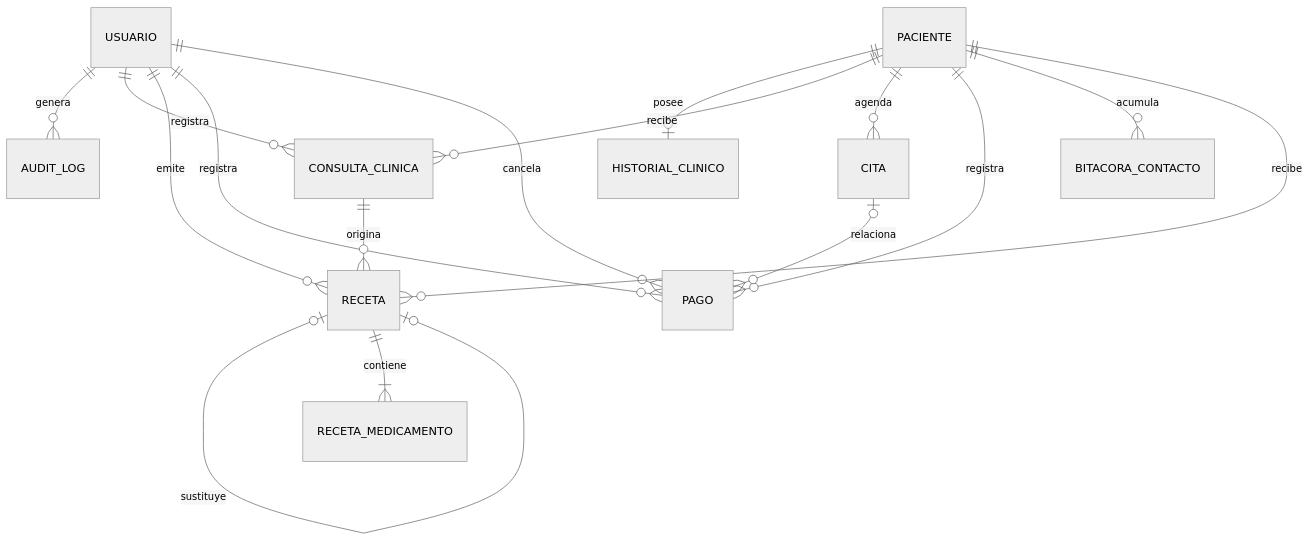
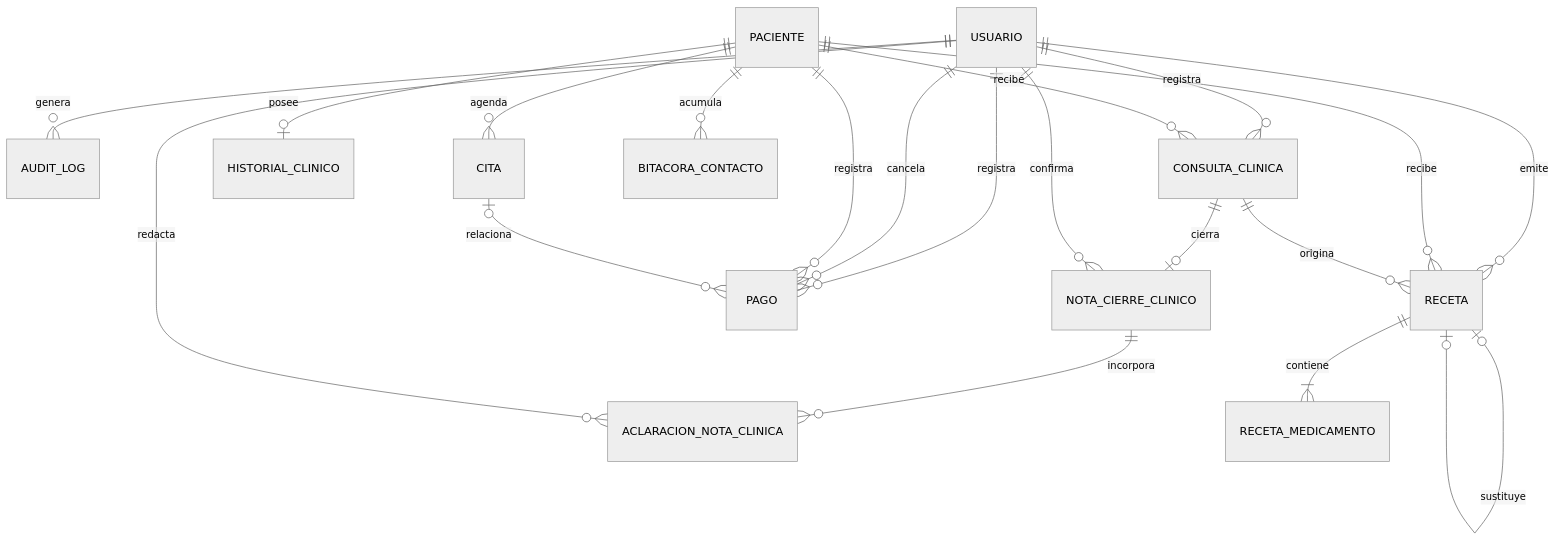
The diagram in docs/database_diagram.md (tbtkd/sgp_base), drawn with Mermaid (neutral theme) before and after one commit. The commit also changed other lines of this file and 62 other files, not shown here.

````diff
--- a/docs/database_diagram.md
+++ b/docs/database_diagram.md
@@ -3,18 +3,22 @@
 ```mermaid
 erDiagram
     USUARIO ||--o{ AUDIT_LOG : genera
     USUARIO ||--o{ CONSULTA_CLINICA : registra
     USUARIO ||--o{ RECETA : emite
     USUARIO ||--o{ PAGO : registra
     USUARIO ||--o{ PAGO : cancela
     PACIENTE ||--o| HISTORIAL_CLINICO : posee
     PACIENTE ||--o{ CONSULTA_CLINICA : recibe
     PACIENTE ||--o{ CITA : agenda
     PACIENTE ||--o{ PAGO : registra
     CITA o|--o{ PAGO : relaciona
     PACIENTE ||--o{ BITACORA_CONTACTO : acumula
     PACIENTE ||--o{ RECETA : recibe
     CONSULTA_CLINICA ||--o{ RECETA : origina
+    CONSULTA_CLINICA ||--o| NOTA_CIERRE_CLINICO : cierra
+    USUARIO ||--o{ NOTA_CIERRE_CLINICO : confirma
+    NOTA_CIERRE_CLINICO ||--o{ ACLARACION_NOTA_CLINICA : incorpora
+    USUARIO ||--o{ ACLARACION_NOTA_CLINICA : redacta
     RECETA o|--o| RECETA : sustituye
     RECETA ||--|{ RECETA_MEDICAMENTO : contiene
 ```
````
